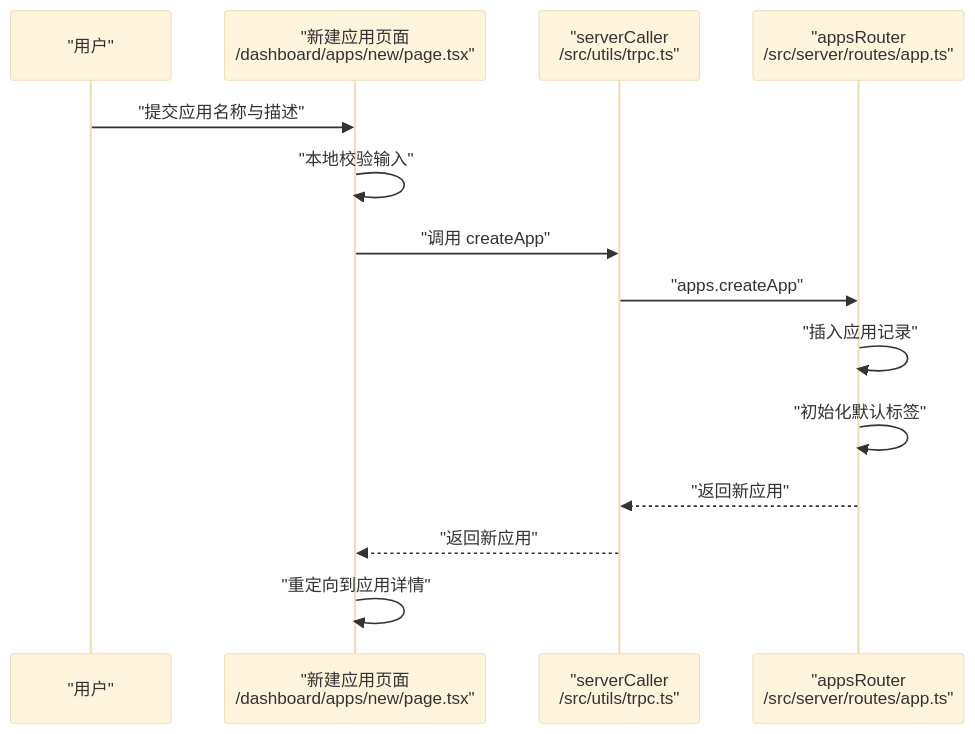
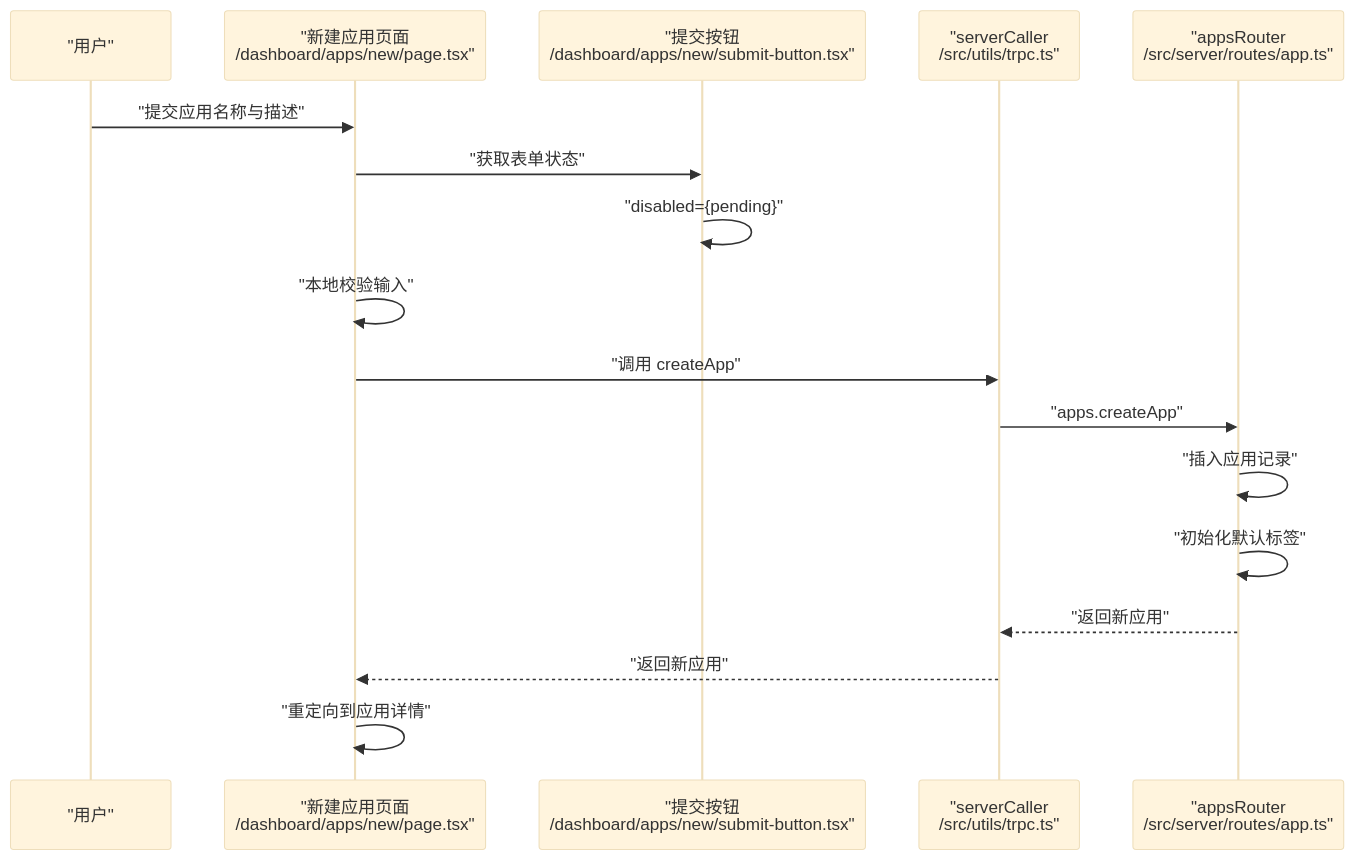
The third of 8 diagrams in .qoder/repowiki/zh/content/核心功能模块/应用管理系统.md (RadiumAg/image-saas), drawn with Mermaid (base theme) before and after one commit. The commit also changed other lines of this file and 9 other files, not shown here.

````diff
--- a/.qoder/repowiki/zh/content/核心功能模块/应用管理系统.md
+++ b/.qoder/repowiki/zh/content/核心功能模块/应用管理系统.md
@@ -139,16 +178,19 @@
 ```mermaid
 sequenceDiagram
 participant U as "用户"
 participant P as "新建应用页面<br/>/dashboard/apps/new/page.tsx"
+participant SB as "提交按钮<br/>/dashboard/apps/new/submit-button.tsx"
 participant C as "serverCaller<br/>/src/utils/trpc.ts"
 participant R as "appsRouter<br/>/src/server/routes/app.ts"
 U->>P : "提交应用名称与描述"
+P->>SB : "获取表单状态"
+SB->>SB : "disabled={pending}"
 P->>P : "本地校验输入"
 P->>C : "调用 createApp"
 C->>R : "apps.createApp"
 R->>R : "插入应用记录"
 R->>R : "初始化默认标签"
 R-->>C : "返回新应用"
 C-->>P : "返回新应用"
 P->>P : "重定向到应用详情"
 ```
````
